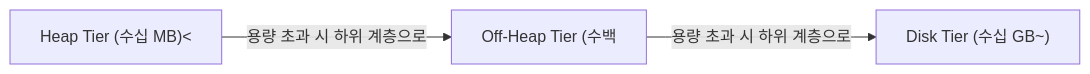
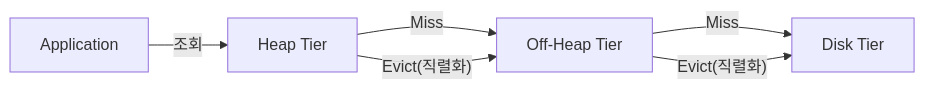
One commit to yjkim2015/yjkim2015.github.io changed the fifth of 5 diagrams in _posts/localcache/2026-05-01-local-cache-comparison.md. Above: the diagram before and after it, drawn with Mermaid. The commit also changed other lines of this file and 5 other files, not shown here.

````diff
--- a/_posts/localcache/2026-05-01-local-cache-comparison.md
+++ b/_posts/localcache/2026-05-01-local-cache-comparison.md
@@ -383,8 +742,8 @@
 ```mermaid
 graph LR
-    HEAP["Heap Tier (수십 MB)<"]
-    OFFHEAP["Off-Heap Tier (수백"]
-    DISK["Disk Tier (수십 GB~)"]
-    HEAP -->|"용량 초과 시 하위 계층으로"| OFFHEAP
-    OFFHEAP -->|"용량 초과 시 하위 계층으로"| DISK
+    APP["Application"] -->|"조회"| HEAP["Heap Tier"]
+    HEAP -->|"Miss"| OH["Off-Heap Tier"]
+    OH -->|"Miss"| DISK["Disk Tier"]
+    HEAP -->|"Evict(직렬화)"| OH
+    OH -->|"Evict(직렬화)"| DISK
 ```
````
